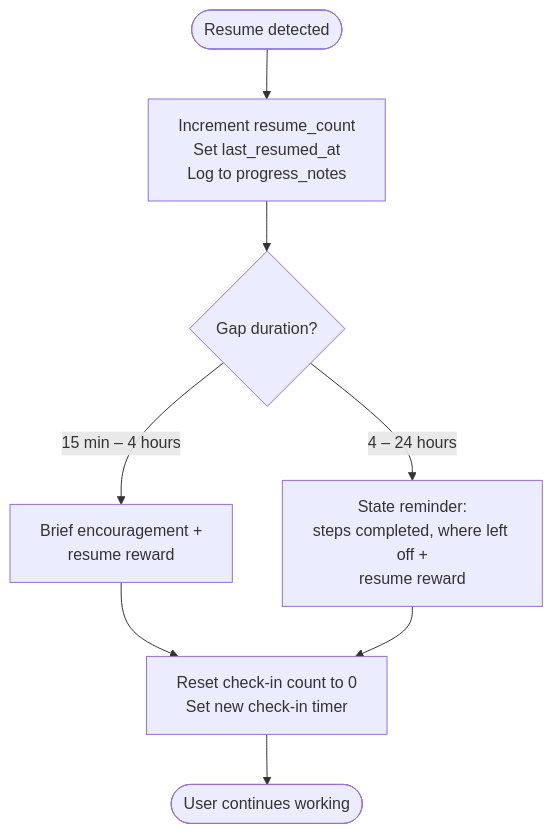
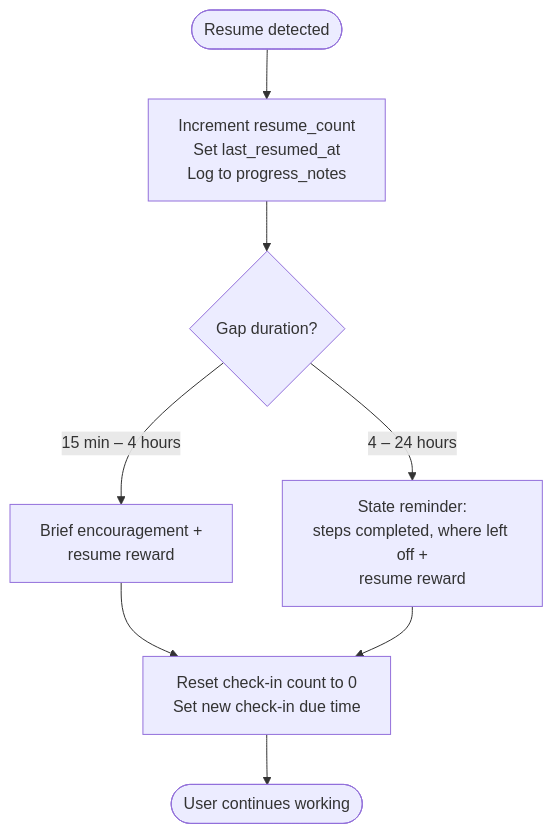
Diagram 20 of 29 in docs/task-lifecycle.md (NickBorgersProbably/hide-my-list), drawn with Mermaid before and after one commit. The commit also changed other lines of this file and 2 other files, not shown here.

Commit message:
Update check-in documentation for OpenClaw runtime

````diff
--- a/docs/task-lifecycle.md
+++ b/docs/task-lifecycle.md
@@ -673,14 +667,14 @@
 ```mermaid
 flowchart TD
     ResumeDetected([Resume detected]) --> RecordResume[Increment resume_count<br/>Set last_resumed_at<br/>Log to progress_notes]
 
     RecordResume --> GapLength{Gap duration?}
 
     GapLength -->|15 min – 4 hours| Brief["Brief encouragement +<br/>resume reward"]
     GapLength -->|4 – 24 hours| Remind["State reminder:<br/>steps completed, where left off +<br/>resume reward"]
 
-    Brief --> ResetCheckins[Reset check-in count to 0<br/>Set new check-in timer]
+    Brief --> ResetCheckins[Reset check-in count to 0<br/>Set new check-in due time]
     Remind --> ResetCheckins
 
     ResetCheckins --> Continue([User continues working])
 ```
````
